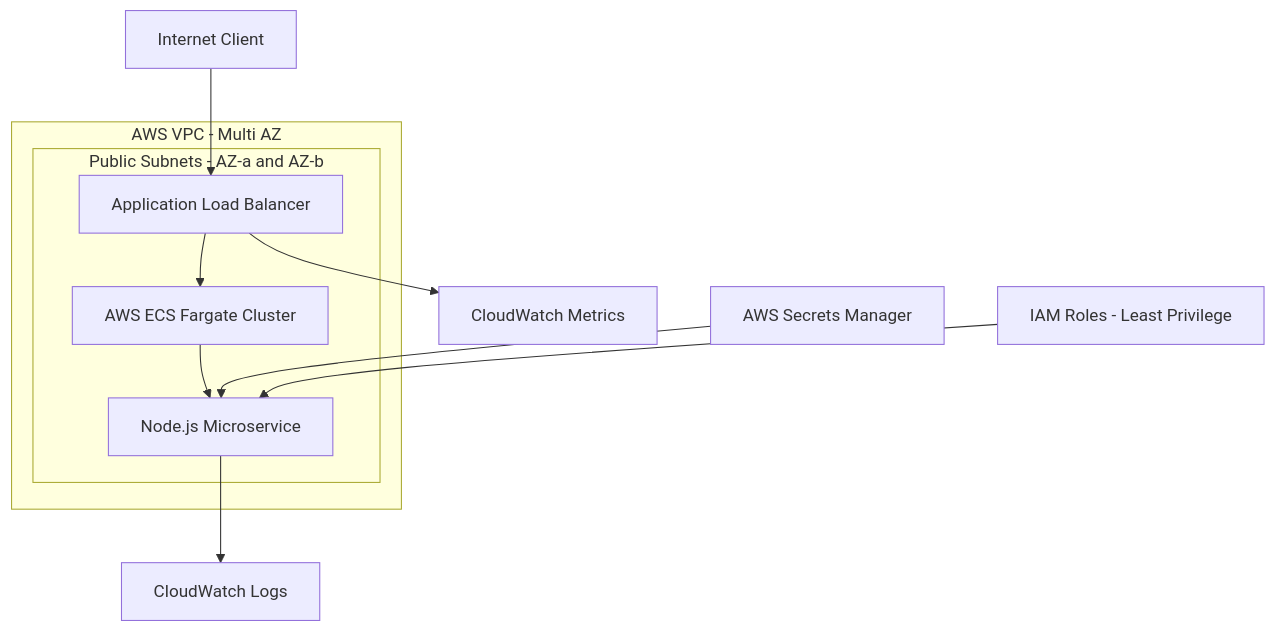
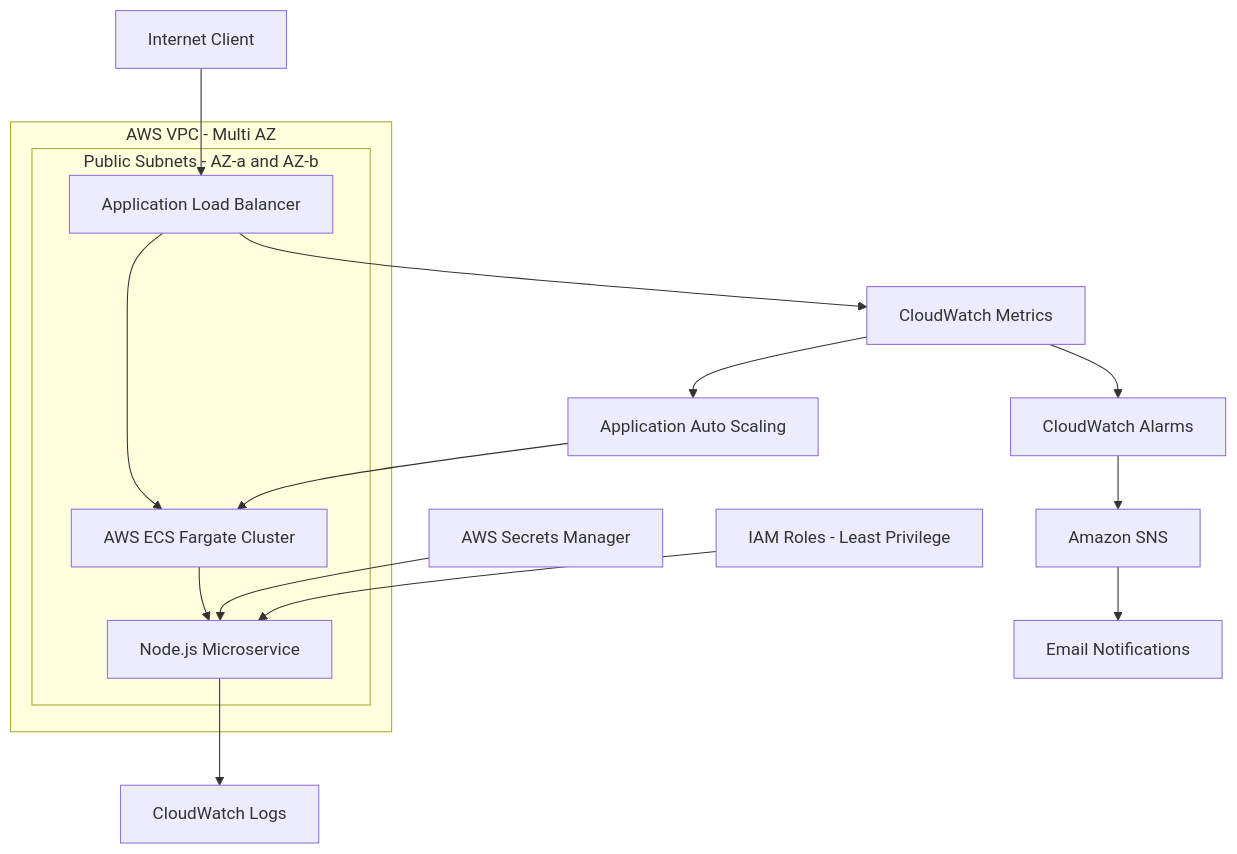
Before and after one commit to Emanuelgm1998/aws-devsecops-infrastructure: the first of 2 diagrams in README.md, drawn with Mermaid. The commit also changed other lines of this file, not shown here.

````diff
--- a/README.md
+++ b/README.md
@@ -63,24 +63,29 @@
 ```mermaid
 flowchart TD
 
 User[Internet Client] --> ALB[Application Load Balancer]
 
 subgraph VPC[AWS VPC - Multi AZ]
 
     subgraph Public[Public Subnets - AZ-a and AZ-b]
         ALB
         ECS[AWS ECS Fargate Cluster]
         APP[Node.js Microservice]
         ECS --> APP
     end
 
 end
 
 ALB --> ECS
+AS[Application Auto Scaling] --> ECS
 
 Secrets[AWS Secrets Manager] --> APP
 IAM[IAM Roles - Least Privilege] --> APP
 
 APP --> CWL[CloudWatch Logs]
 ALB --> CWM[CloudWatch Metrics]
+CWM --> AS
+CWM --> ALARMS[CloudWatch Alarms]
+ALARMS --> SNS[Amazon SNS]
+SNS --> EMAIL[Email Notifications]
 ```
````
